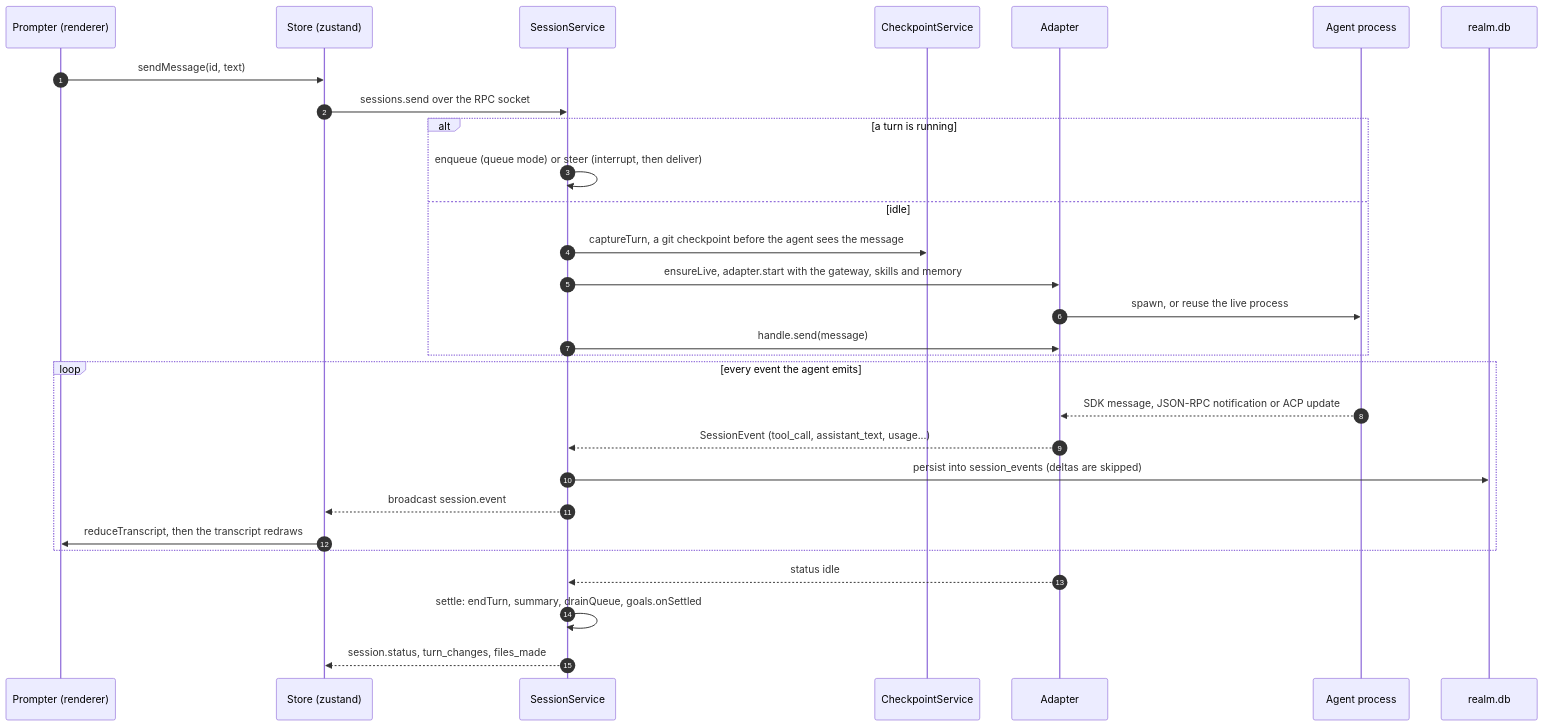
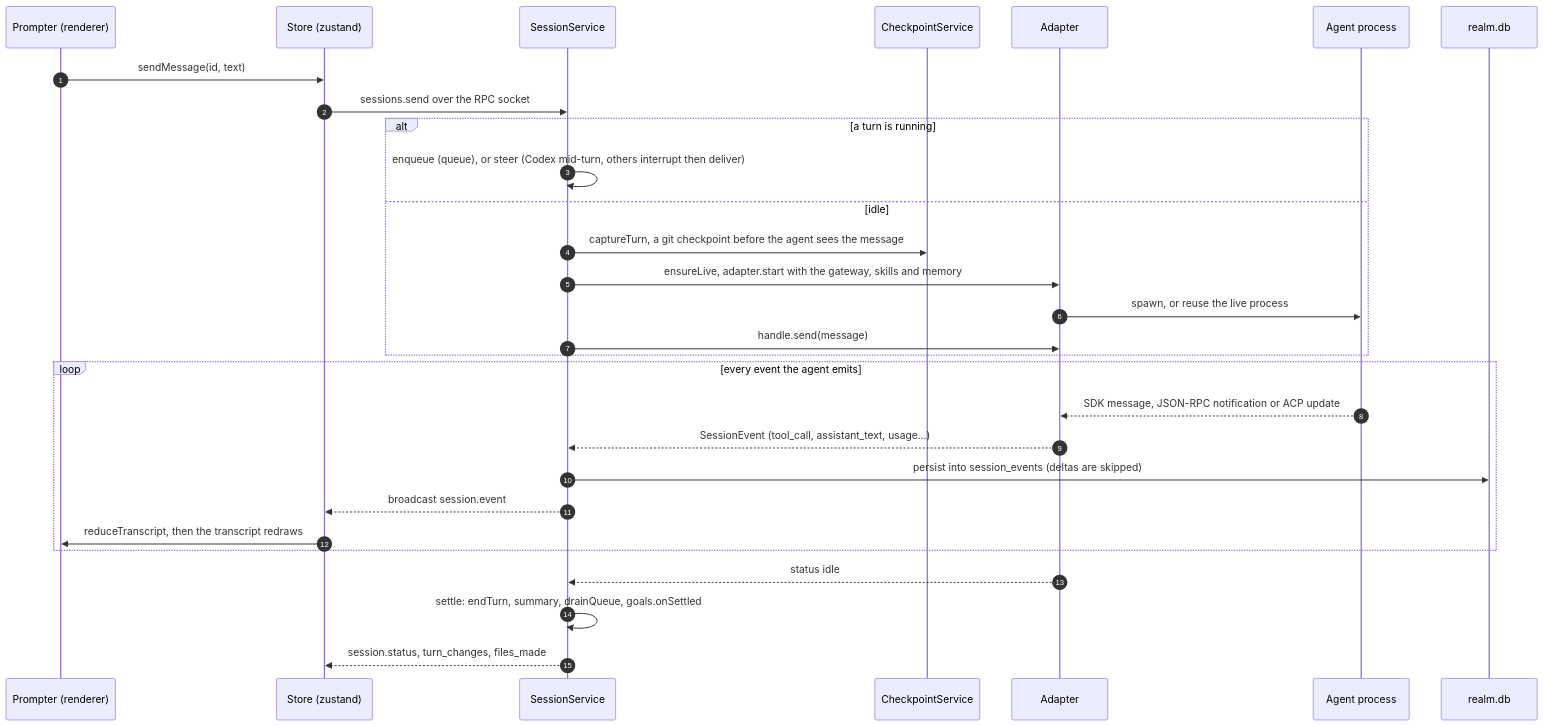
Before and after one commit to 31Carlton7/realm: the first of 20 diagrams in docs/architecture/features.md, drawn with Mermaid. The commit also changed other lines of this file and 2 other files, not shown here.

First line of the commit message:
Point the README at the architecture map, and correct what steering and the gateway do

````diff
--- a/docs/architecture/features.md
+++ b/docs/architecture/features.md
@@ -56,31 +58,31 @@
 ```mermaid
 sequenceDiagram
   autonumber
   participant C as Prompter (renderer)
   participant St as Store (zustand)
   participant S as SessionService
   participant K as CheckpointService
   participant A as Adapter
   participant X as Agent process
   participant DB as realm.db
   C->>St: sendMessage(id, text)
   St->>S: sessions.send over the RPC socket
   alt a turn is running
-    S->>S: enqueue (queue mode) or steer (interrupt, then deliver)
+    S->>S: enqueue (queue), or steer (Codex mid-turn, others interrupt then deliver)
   else idle
     S->>K: captureTurn, a git checkpoint before the agent sees the message
     S->>A: ensureLive, adapter.start with the gateway, skills and memory
     A->>X: spawn, or reuse the live process
     S->>A: handle.send(message)
   end
   loop every event the agent emits
     X-->>A: SDK message, JSON-RPC notification or ACP update
     A-->>S: SessionEvent (tool_call, assistant_text, usage...)
     S->>DB: persist into session_events (deltas are skipped)
     S-->>St: broadcast session.event
     St->>C: reduceTranscript, then the transcript redraws
   end
   A-->>S: status idle
   S->>S: settle: endTurn, summary, drainQueue, goals.onSettled
   S-->>St: session.status, turn_changes, files_made
 ```
````
